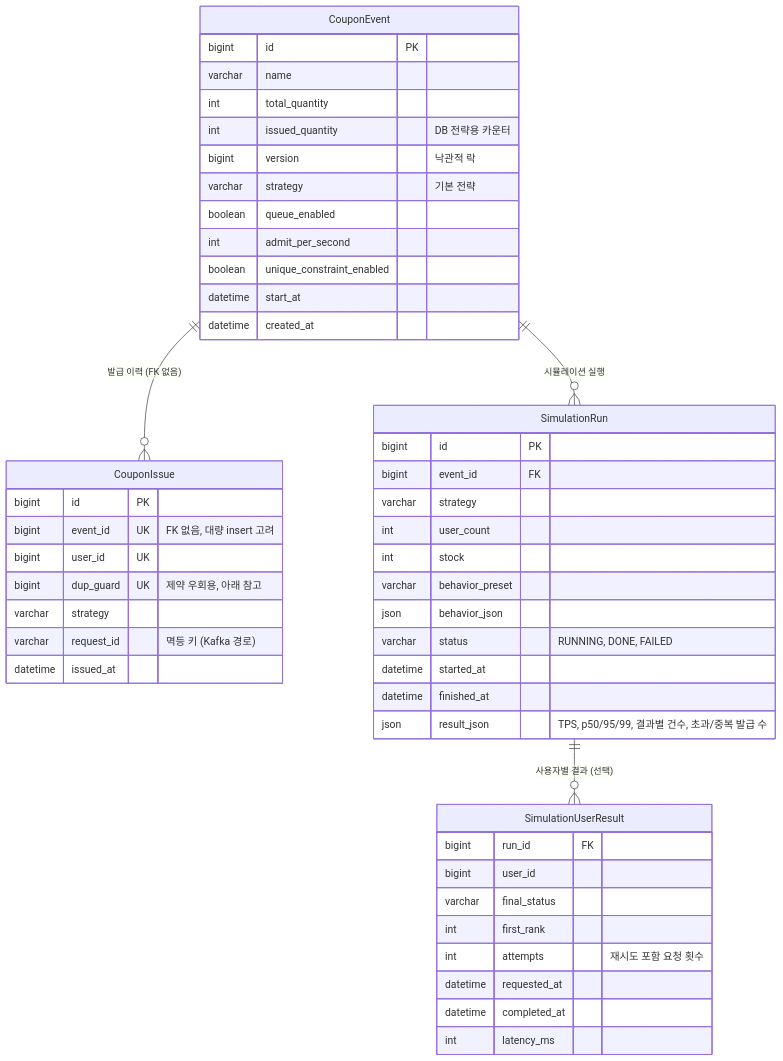
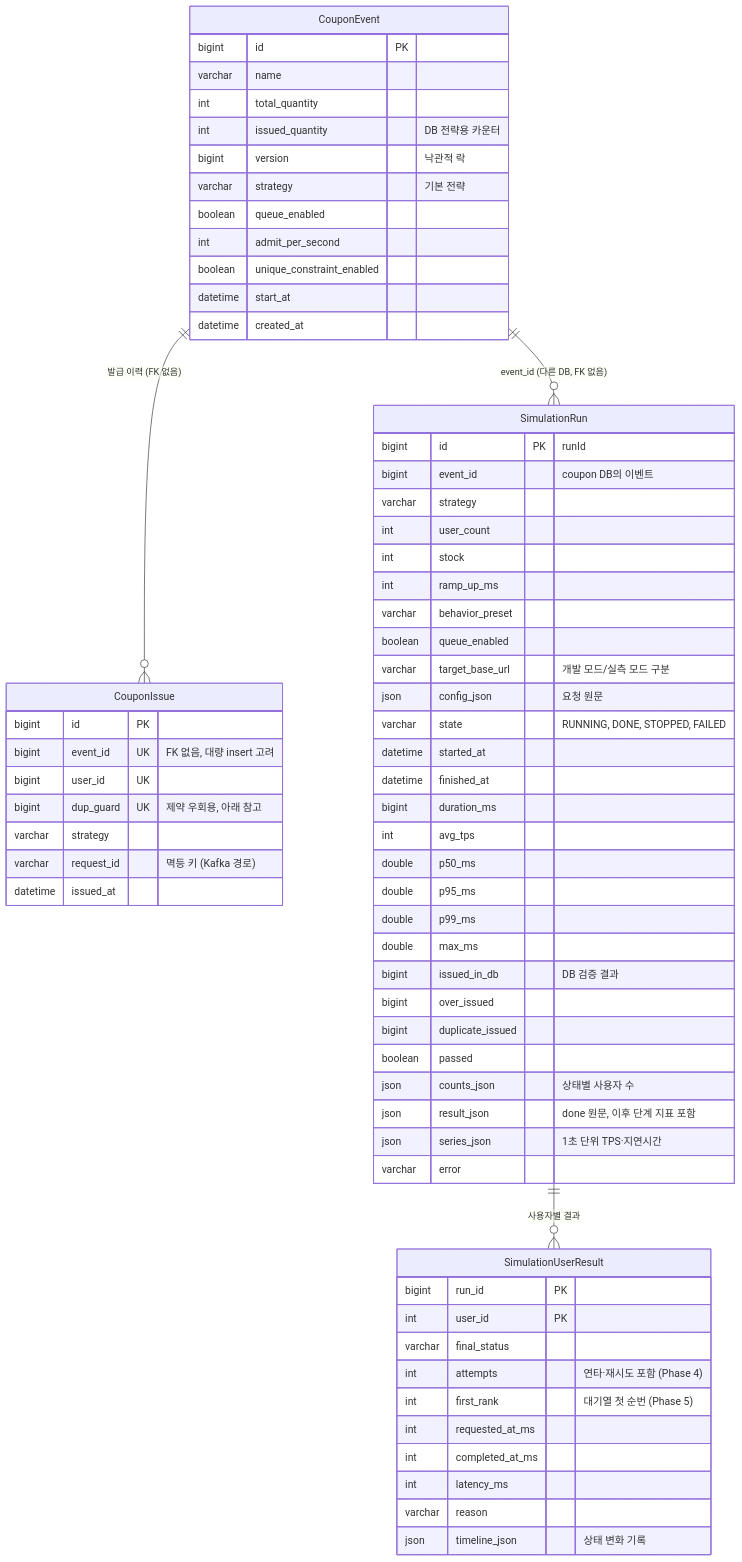
The second of 2 diagrams in docs/02-architecture.md (skwzz/fcfs-coupon-simulator), drawn with Mermaid before and after one commit. The commit also changed other lines of this file and 42 other files, not shown here.

````diff
--- a/docs/02-architecture.md
+++ b/docs/02-architecture.md
@@ -95,55 +95,73 @@
 ```mermaid
 erDiagram
     CouponEvent ||--o{ CouponIssue : "발급 이력 (FK 없음)"
-    CouponEvent ||--o{ SimulationRun : "시뮬레이션 실행"
-    SimulationRun ||--o{ SimulationUserResult : "사용자별 결과 (선택)"
+    CouponEvent ||--o{ SimulationRun : "event_id (다른 DB, FK 없음)"
+    SimulationRun ||--o{ SimulationUserResult : "사용자별 결과"
 
     CouponEvent {
         bigint id PK
         varchar name
         int total_quantity
         int issued_quantity "DB 전략용 카운터"
         bigint version "낙관적 락"
         varchar strategy "기본 전략"
         boolean queue_enabled
         int admit_per_second
         boolean unique_constraint_enabled
         datetime start_at
         datetime created_at
     }
 
     CouponIssue {
         bigint id PK
         bigint event_id UK "FK 없음, 대량 insert 고려"
         bigint user_id UK
         bigint dup_guard UK "제약 우회용, 아래 참고"
         varchar strategy
         varchar request_id "멱등 키 (Kafka 경로)"
         datetime issued_at
     }
 
     SimulationRun {
-        bigint id PK
-        bigint event_id FK
+        bigint id PK "runId"
+        bigint event_id "coupon DB의 이벤트"
         varchar strategy
         int user_count
         int stock
+        int ramp_up_ms
         varchar behavior_preset
-        json behavior_json
-        varchar status "RUNNING, DONE, FAILED"
+        boolean queue_enabled
+        varchar target_base_url "개발 모드/실측 모드 구분"
+        json config_json "요청 원문"
+        varchar state "RUNNING, DONE, STOPPED, FAILED"
         datetime started_at
         datetime finished_at
-        json result_json "TPS, p50/95/99, 결과별 건수, 초과/중복 발급 수"
+        bigint duration_ms
+        int avg_tps
+        double p50_ms
+        double p95_ms
+        double p99_ms
+        double max_ms
+        bigint issued_in_db "DB 검증 결과"
+        bigint over_issued
+        bigint duplicate_issued
+        boolean passed
+        json counts_json "상태별 사용자 수"
+        json result_json "done 원문, 이후 단계 지표 포함"
+        json series_json "1초 단위 TPS·지연시간"
+        varchar error
     }
 
     SimulationUserResult {
-        bigint run_id FK
-        bigint user_id
+        bigint run_id PK
+        int user_id PK
         varchar final_status
-        int first_rank
-        int attempts "재시도 포함 요청 횟수"
-        datetime requested_at
-        datetime completed_at
+        int attempts "연타·재시도 포함 (Phase 4)"
+        int first_rank "대기열 첫 순번 (Phase 5)"
+        int requested_at_ms
+        int completed_at_ms
         int latency_ms
+        varchar reason
+        json timeline_json "상태 변화 기록"
     }
 ```
````
